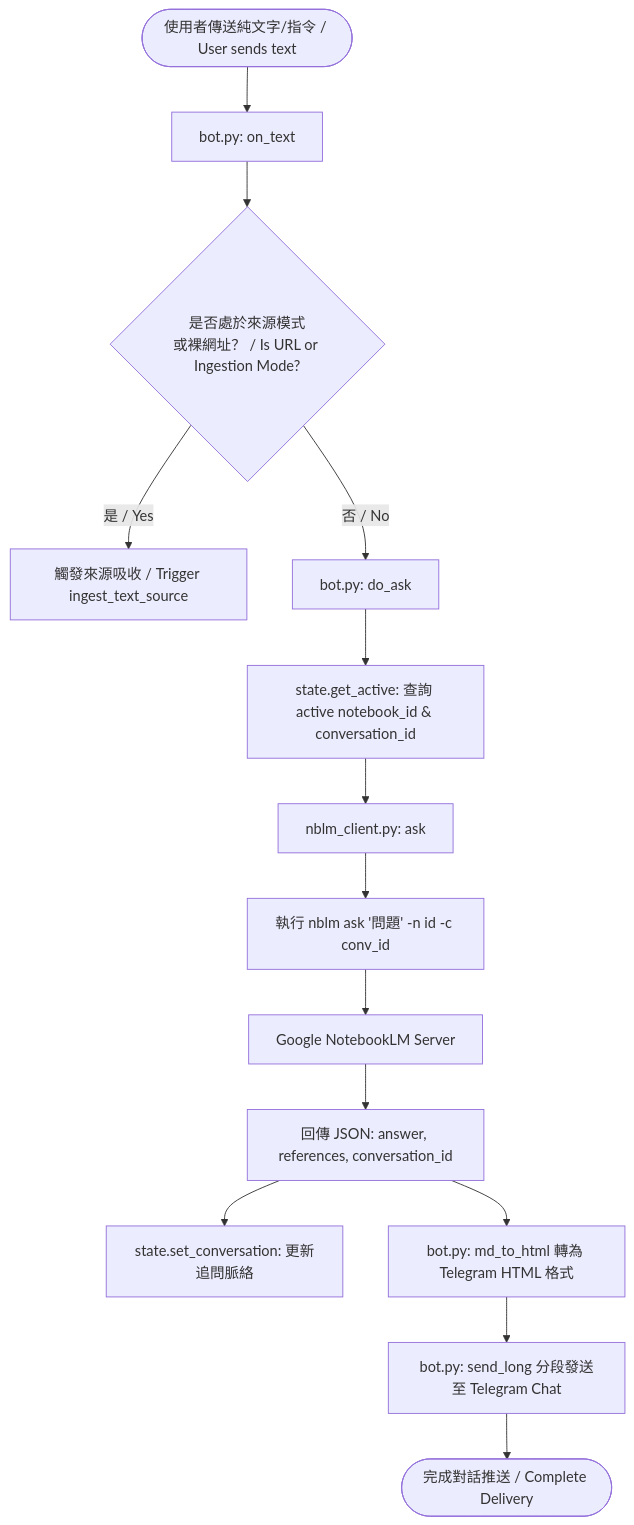
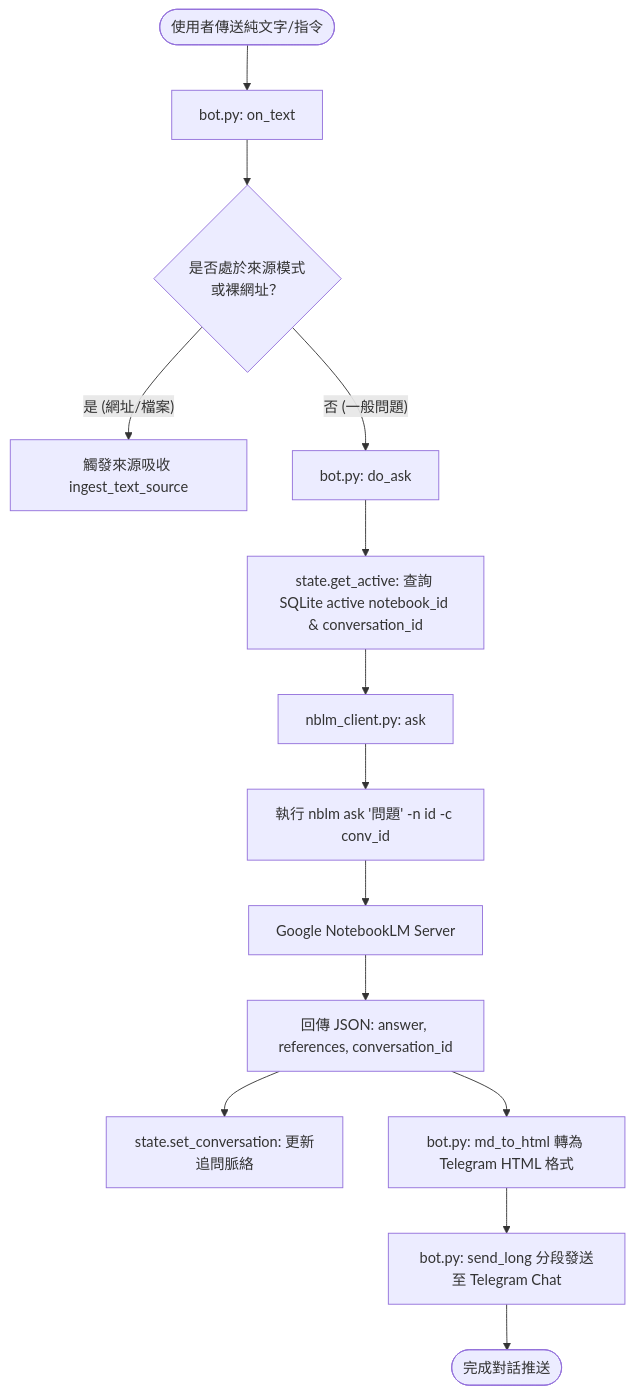
The second of 4 diagrams in README.md (myyang19770915/TG_notebook), drawn with Mermaid before and after one commit. The commit also changed other lines of this file and 1 other file, not shown here.

````diff
--- a/README.md
+++ b/README.md
@@ -107,19 +101,19 @@
 ```mermaid
 flowchart TD
-    Start([使用者傳送純文字/指令 / User sends text]) --> TextHandler[bot.py: on_text]
-    TextHandler --> ModeCheck{是否處於來源模式<br>或裸網址？ / Is URL or Ingestion Mode?}
+    Start([使用者傳送純文字/指令]) --> TextHandler[bot.py: on_text]
+    TextHandler --> ModeCheck{是否處於來源模式<br>或裸網址？}
     
-    ModeCheck -- 是 / Yes --> IngestSource[觸發來源吸收 / Trigger ingest_text_source]
-    ModeCheck -- 否 / No --> DoAsk[bot.py: do_ask]
+    ModeCheck -- 是 (網址/檔案) --> IngestSource[觸發來源吸收 ingest_text_source]
+    ModeCheck -- 否 (一般問題) --> DoAsk[bot.py: do_ask]
     
-    DoAsk --> QueryState[state.get_active: 查詢 active notebook_id & conversation_id]
+    DoAsk --> QueryState[state.get_active: 查詢 SQLite active notebook_id & conversation_id]
     QueryState --> NblmAsk[nblm_client.py: ask]
     NblmAsk --> SubprocAsk[執行 nblm ask '問題' -n id -c conv_id]
     SubprocAsk --> GoogleRPC[Google NotebookLM Server]
     
     GoogleRPC --> Resp[回傳 JSON: answer, references, conversation_id]
     Resp --> UpdateState[state.set_conversation: 更新追問脈絡]
     Resp --> FormatHTML[bot.py: md_to_html 轉為 Telegram HTML 格式]
     FormatHTML --> SendLong[bot.py: send_long 分段發送至 Telegram Chat]
-    SendLong --> EndQ([完成對話推送 / Complete Delivery])
+    SendLong --> EndQ([完成對話推送])
 ```
````
